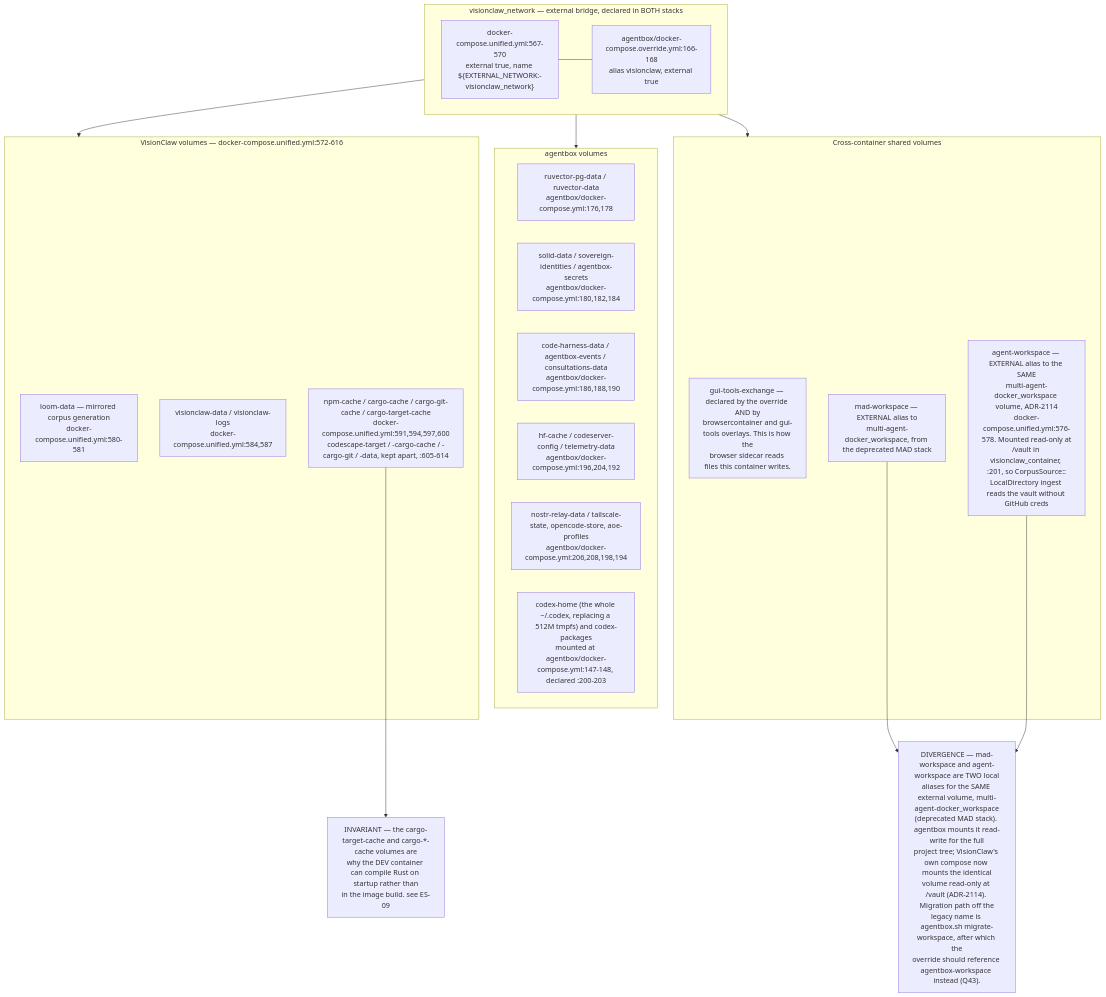
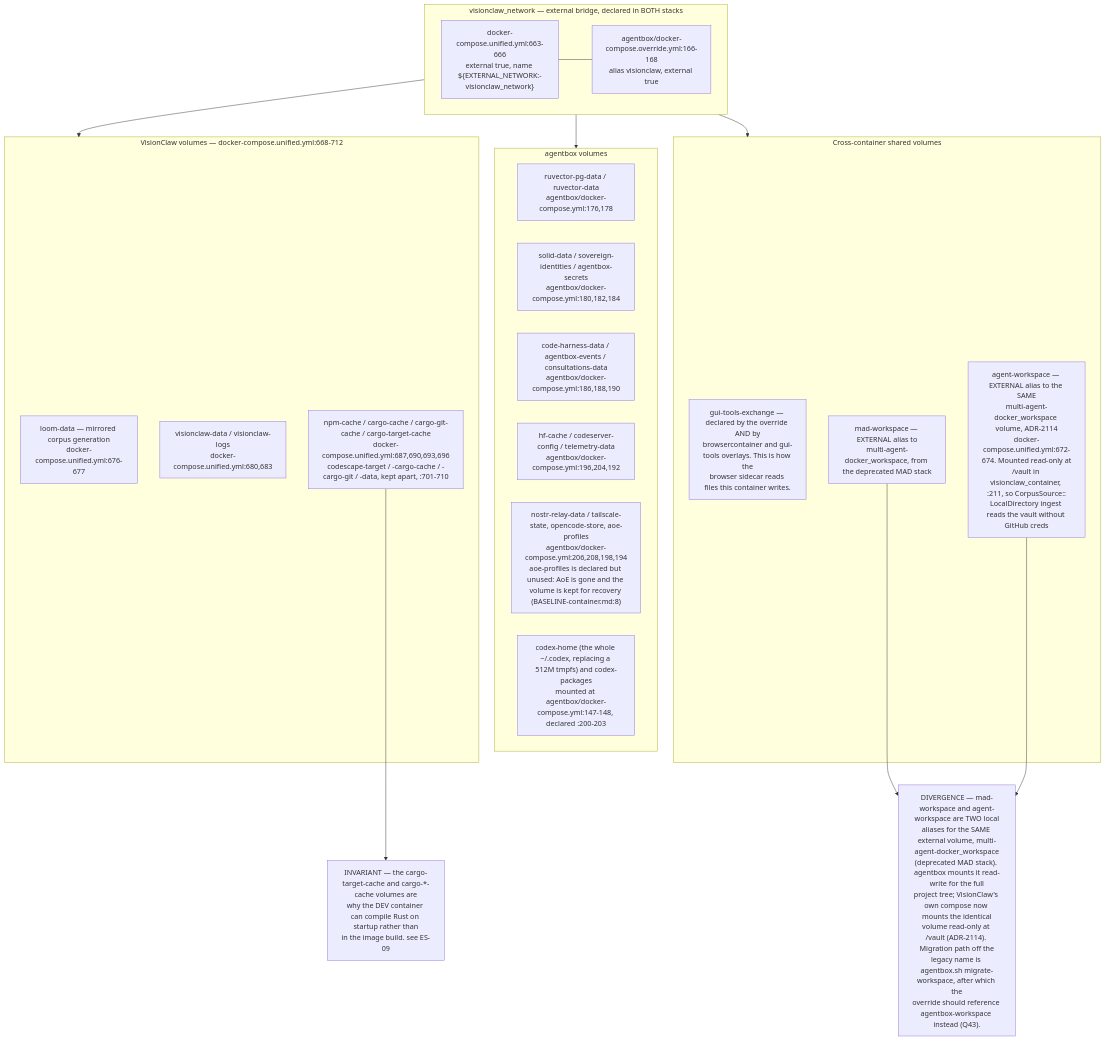
Before and after one commit to DreamLab-AI/VisionFlow: the fourth of 8 diagrams in docs/diagrams/estate/01-estate-topology.md, drawn with Mermaid. The commit also changed other lines of this file and 145 other files, not shown here.

````diff
--- a/docs/diagrams/estate/01-estate-topology.md
+++ b/docs/diagrams/estate/01-estate-topology.md
@@ -183,37 +183,37 @@
 ```mermaid
 flowchart TB
     subgraph net["visionclaw_network — external bridge, declared in BOTH stacks"]
-        N1["docker-compose.unified.yml:567-570<br/>external true, name ${EXTERNAL_NETWORK:-visionclaw_network}"]
+        N1["docker-compose.unified.yml:663-666<br/>external true, name ${EXTERNAL_NETWORK:-visionclaw_network}"]
         N2["agentbox/docker-compose.override.yml:166-168<br/>alias visionclaw, external true"]
     end
-    subgraph vcvol["VisionClaw volumes — docker-compose.unified.yml:572-616"]
-        V1["loom-data — mirrored corpus generation<br/>docker-compose.unified.yml:580-581"]
-        V2["visionclaw-data / visionclaw-logs<br/>docker-compose.unified.yml:584,587"]
-        V3["npm-cache / cargo-cache / cargo-git-cache / cargo-target-cache<br/>docker-compose.unified.yml:591,594,597,600<br/>codescape-target / -cargo-cache / -cargo-git / -data, kept apart, :605-614"]
+    subgraph vcvol["VisionClaw volumes — docker-compose.unified.yml:668-712"]
+        V1["loom-data — mirrored corpus generation<br/>docker-compose.unified.yml:676-677"]
+        V2["visionclaw-data / visionclaw-logs<br/>docker-compose.unified.yml:680,683"]
+        V3["npm-cache / cargo-cache / cargo-git-cache / cargo-target-cache<br/>docker-compose.unified.yml:687,690,693,696<br/>codescape-target / -cargo-cache / -cargo-git / -data, kept apart, :701-710"]
     end
     subgraph abvol["agentbox volumes"]
         W1["ruvector-pg-data / ruvector-data<br/>agentbox/docker-compose.yml:176,178"]
         W2["solid-data / sovereign-identities / agentbox-secrets<br/>agentbox/docker-compose.yml:180,182,184"]
         W3["code-harness-data / agentbox-events / consultations-data<br/>agentbox/docker-compose.yml:186,188,190"]
         W4["hf-cache / codeserver-config / telemetry-data<br/>agentbox/docker-compose.yml:196,204,192"]
-        W5["nostr-relay-data / tailscale-state, opencode-store, aoe-profiles<br/>agentbox/docker-compose.yml:206,208,198,194"]
+        W5["nostr-relay-data / tailscale-state, opencode-store, aoe-profiles<br/>agentbox/docker-compose.yml:206,208,198,194<br/>aoe-profiles is declared but unused: AoE is gone and the volume is kept for recovery (BASELINE-container.md:8)"]
         W6["codex-home (the whole ~/.codex, replacing a 512M tmpfs) and codex-packages<br/>mounted at agentbox/docker-compose.yml:147-148, declared :200-203"]
     end
     subgraph shared["Cross-container shared volumes"]
         S1["gui-tools-exchange — declared by the override AND by<br/>browsercontainer and gui-tools overlays. This is how the<br/>browser sidecar reads files this container writes."]
         S2["mad-workspace — EXTERNAL alias to<br/>multi-agent-docker_workspace, from the deprecated MAD stack"]
-        S3["agent-workspace — EXTERNAL alias to the SAME<br/>multi-agent-docker_workspace volume, ADR-2114<br/>docker-compose.unified.yml:576-578. Mounted read-only at<br/>/vault in visionclaw_container, :201, so CorpusSource::<br/>LocalDirectory ingest reads the vault without GitHub creds"]
+        S3["agent-workspace — EXTERNAL alias to the SAME<br/>multi-agent-docker_workspace volume, ADR-2114<br/>docker-compose.unified.yml:672-674. Mounted read-only at<br/>/vault in visionclaw_container, :211, so CorpusSource::<br/>LocalDirectory ingest reads the vault without GitHub creds"]
     end
 
     N1 --- N2
     net --> vcvol
     net --> abvol
     net --> shared
 
     D1["DIVERGENCE — mad-workspace and agent-workspace are TWO local<br/>aliases for the SAME external volume, multi-agent-docker_workspace<br/>(deprecated MAD stack). agentbox mounts it read-write for the full<br/>project tree; VisionClaw's own compose now mounts the identical<br/>volume read-only at /vault (ADR-2114). Migration path off the<br/>legacy name is agentbox.sh migrate-workspace, after which the<br/>override should reference agentbox-workspace instead (Q43)."]
     INV["INVARIANT — the cargo-target-cache and cargo-*-cache volumes are<br/>why the DEV container can compile Rust on startup rather than<br/>in the image build. see ES-09"]
 
     S2 --> D1
     S3 --> D1
     V3 --> INV
 ```
````
